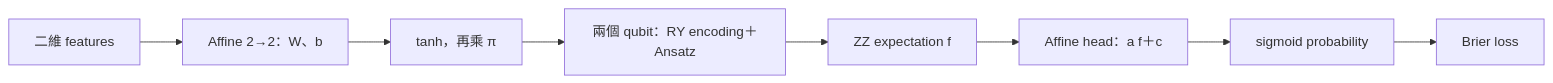
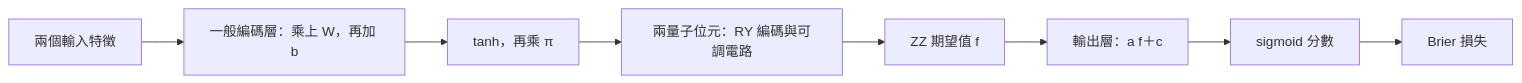
Before and after one commit to kancheng/qml-engineering-30-days: the diagram in articles/day19/README.md, drawn with Mermaid. The commit also changed other lines of this file and 5 other files, not shown here.

````diff
--- a/articles/day19/README.md
+++ b/articles/day19/README.md
@@ -25,10 +23,10 @@
 ```mermaid
 flowchart LR
-    X[二維 features] --> E[Affine 2→2：W、b]
+    X[兩個輸入特徵] --> E[一般編碼層：乘上 W，再加 b]
     E --> T[tanh，再乘 π]
-    T --> Q[兩個 qubit：RY encoding＋Ansatz]
-    Q --> F[ZZ expectation f]
-    F --> H[Affine head：a f＋c]
-    H --> P[sigmoid probability]
-    P --> L[Brier loss]
+    T --> Q[兩量子位元：RY 編碼與可調電路]
+    Q --> F[ZZ 期望值 f]
+    F --> H[輸出層：a f＋c]
+    H --> P[sigmoid 分數]
+    P --> L[Brier 損失]
 ```
````
